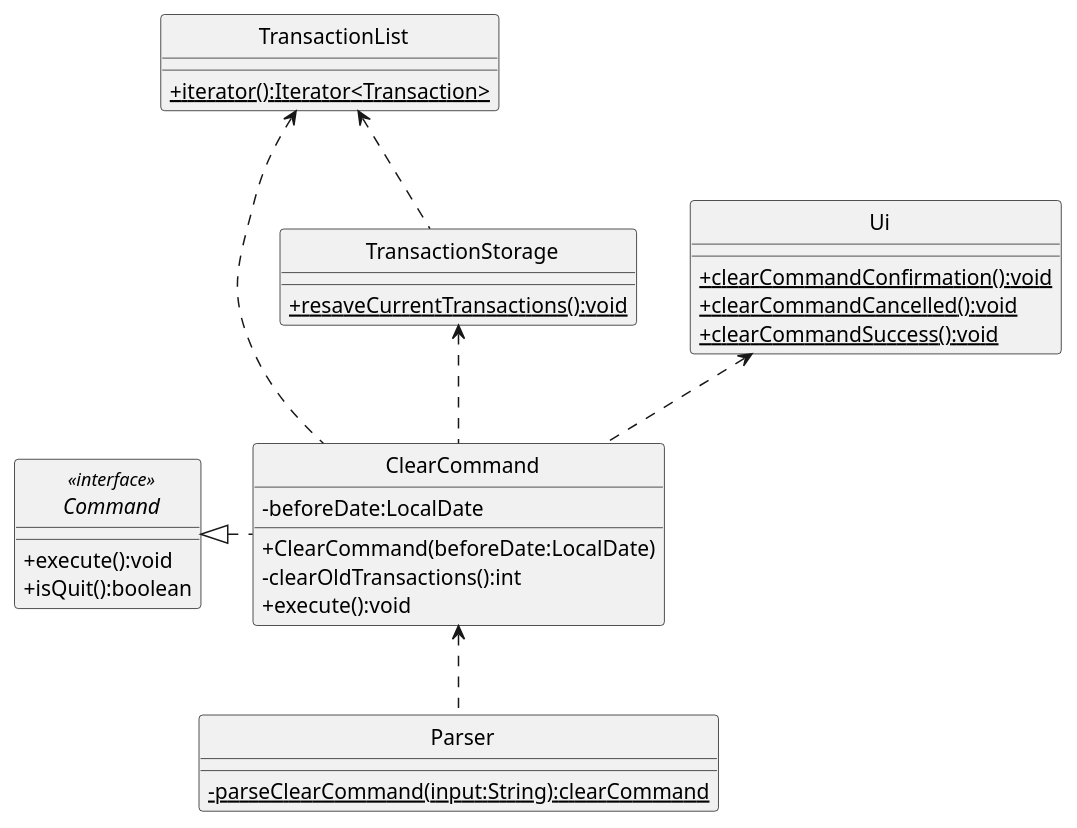
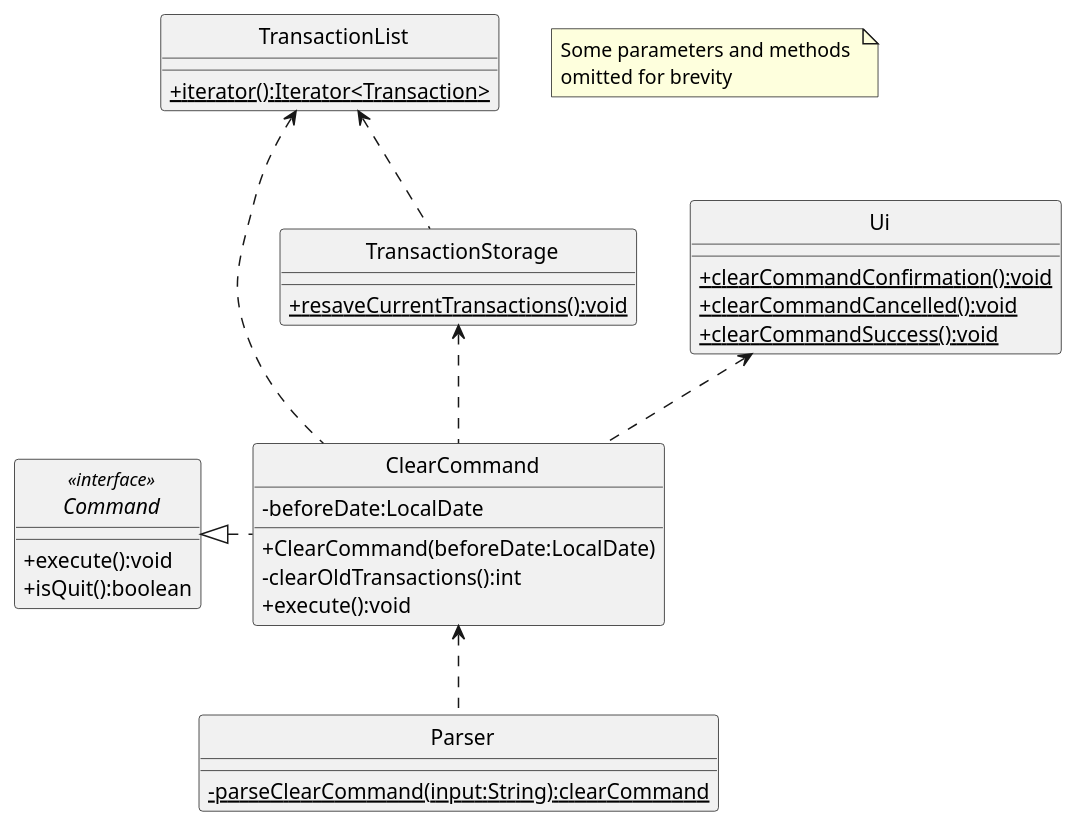
The first of 2 diagrams in docs/uml-diagrams/ClearCommand.puml (rismm/tp), drawn with PlantUML before and after one commit. The commit also changed other lines of this file and 3 other files, not shown here.

```diff
--- a/docs/uml-diagrams/ClearCommand.puml
+++ b/docs/uml-diagrams/ClearCommand.puml
@@ -1,51 +1,53 @@
 @startuml
 'https://plantuml.com/class-diagram
 skinparam classAttributeIconSize 0
 skinparam CircledCharacterFontSize 0
 skinparam CircledCharacterRadius 0
 
 class Command
 class ClearCommand
 class Parser
 class TransactionList
 class TransactionStorage
 class Ui
 
 Command <|. ClearCommand
 Ui <.. ClearCommand
 TransactionList <.. ClearCommand
 ClearCommand <.. Parser
 TransactionStorage <.. ClearCommand
 TransactionList <.. TransactionStorage
 
 interface Command <<interface>> {
     +execute():void
     +isQuit():boolean
 }
 
 class ClearCommand {
     -beforeDate:LocalDate
     +ClearCommand(beforeDate:LocalDate)
     -clearOldTransactions():int
     +execute():void
 }
 
 class TransactionList {
     {static}+iterator():Iterator<Transaction>
 }
 
 class Ui {
     {static}+clearCommandConfirmation():void
     {static}+clearCommandCancelled():void
     {static}+clearCommandSuccess():void
 }
 
 class Parser {
     {static}-parseClearCommand(input:String):clearCommand
 }
 
 class TransactionStorage {
     {static}+resaveCurrentTransactions():void
 }
 
+note "Some parameters and methods \nomitted for brevity" as n1
+
 @enduml
```
